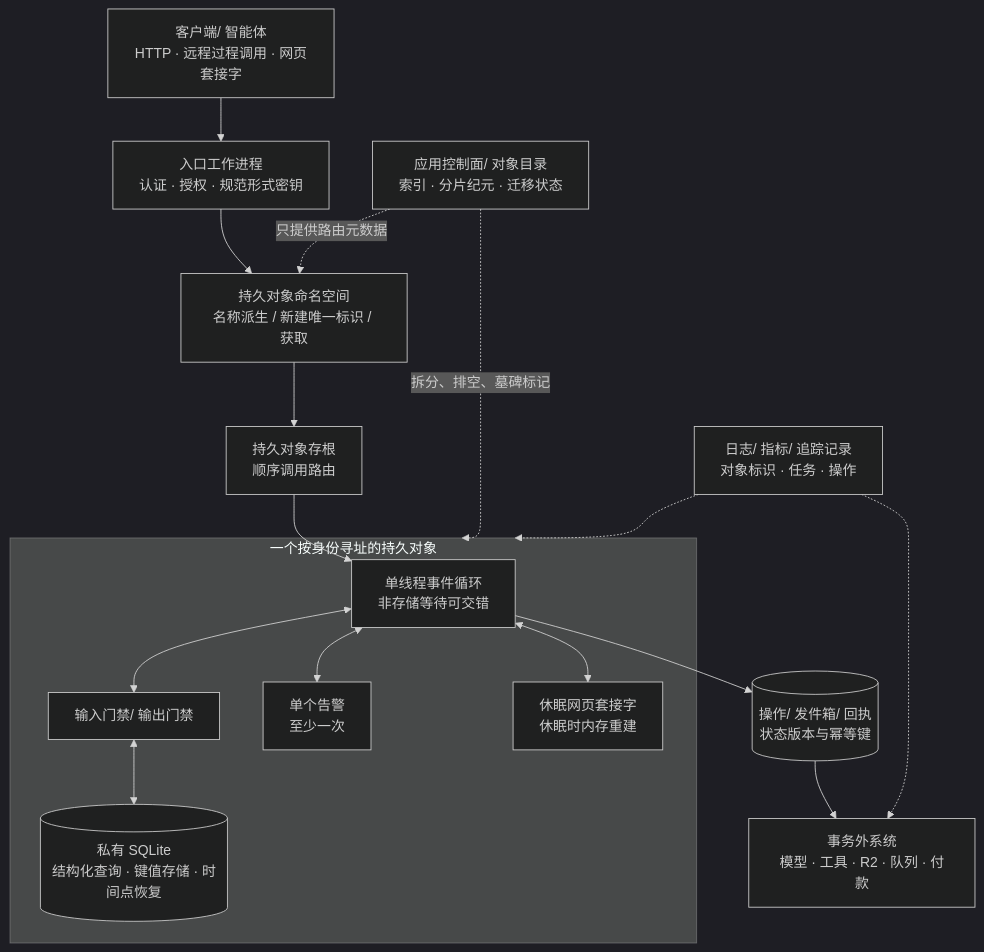
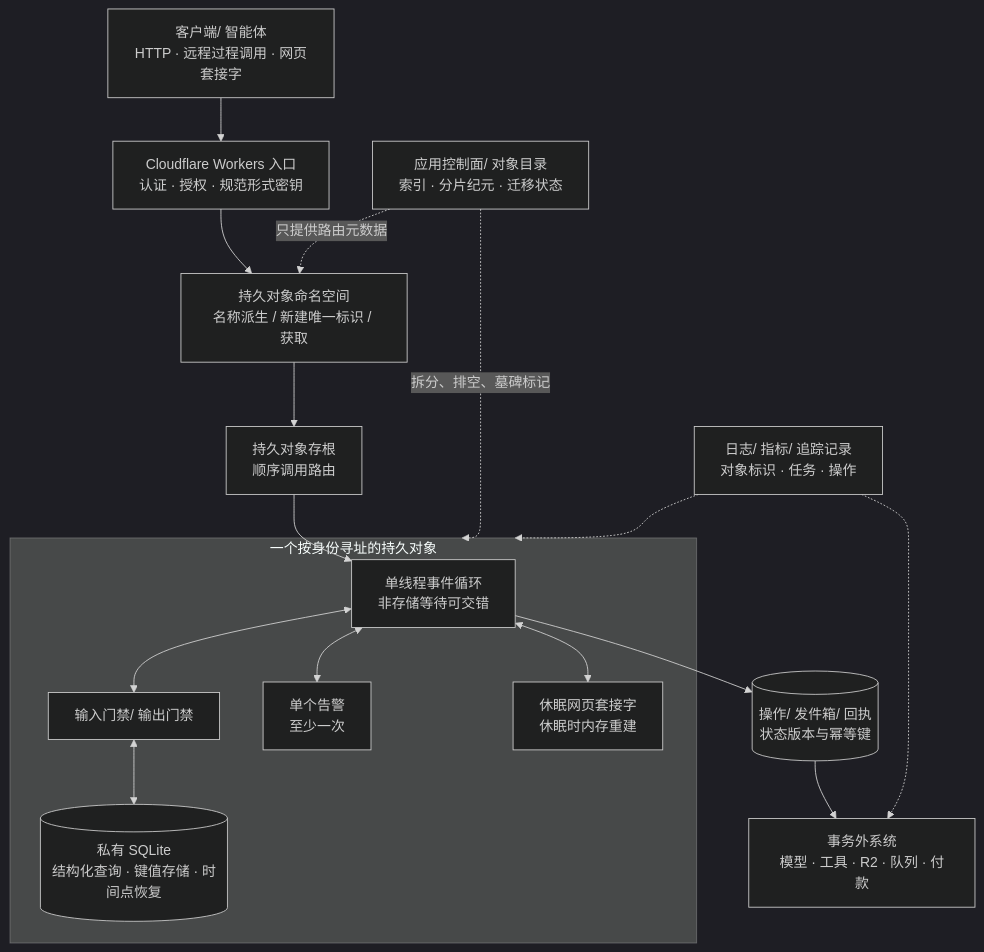
The diagram in content/cases/cloudflare-durable-objects-workerd.mdx (sealday/tego-arch), drawn with Mermaid (dark theme) before and after one commit. The commit also changed other lines of this file and 47 other files, not shown here.

````diff
--- a/content/cases/cloudflare-durable-objects-workerd.mdx
+++ b/content/cases/cloudflare-durable-objects-workerd.mdx
@@ -127,29 +127,29 @@
 ```mermaid
 flowchart TB
   accTitle: 身份寻址的智能体持久对象协调与外部副作用边界
-  accDescr: 客户端先经工作进程鉴权和规范形式密钥派生，再由命名空间将名称或随机标识转成存根，路由到一个会话、任务、租户或实体持久对象。对象内单线程事件循环、SQLite、告警和休眠网页套接字构成协调单元；模型、工具、队列与对象间索引位于事务外，必须经发件箱、回执和版本校验。
+  accDescr: 客户端先经 Cloudflare Workers 鉴权和规范形式密钥派生，再由命名空间将名称或随机标识转成存根，路由到一个会话、任务、租户或实体持久对象。对象内单线程事件循环、SQLite、告警和休眠网页套接字构成协调单元；模型、工具、队列与对象间索引位于事务外，必须经发件箱、回执和版本校验。
 
-  Client["客户端/ 智能体<br/>HTTP · 远程过程调用 · 网页套接字"] --> Edge["入口工作进程<br/>认证 · 授权 · 规范形式密钥"]
+  Client["客户端/ 智能体<br/>HTTP · 远程过程调用 · 网页套接字"] --> Edge["Cloudflare Workers 入口<br/>认证 · 授权 · 规范形式密钥"]
   Edge --> NS["持久对象命名空间<br/>名称派生 / 新建唯一标识 / 获取"]
   NS --> Stub["持久对象存根<br/>顺序调用路由"]
 
   subgraph DO["一个按身份寻址的持久对象"]
     Loop["单线程事件循环<br/>非存储等待可交错"]
     Gate["输入门禁/ 输出门禁"]
     DB[("私有 SQLite<br/>结构化查询 · 键值存储 · 时间点恢复")]
     Alarm["单个告警<br/>至少一次"]
     WS["休眠网页套接字<br/>休眠时内存重建"]
     Loop <--> Gate
     Gate <--> DB
     Loop <--> Alarm
     Loop <--> WS
   end
 
   Stub --> Loop
   Loop --> Outbox[("操作/ 发件箱/ 回执<br/>状态版本与幂等键")]
   Outbox --> External["事务外系统<br/>模型 · 工具 · R2 · 队列 · 付款"]
   Control["应用控制面/ 对象目录<br/>索引 · 分片纪元 · 迁移状态"] -. "只提供路由元数据" .-> NS
   Control -. "拆分、排空、墓碑标记" .-> DO
   Obs["日志/ 指标/ 追踪记录<br/>对象标识 · 任务 · 操作"] -.-> DO
   Obs -.-> External
 ```
````
